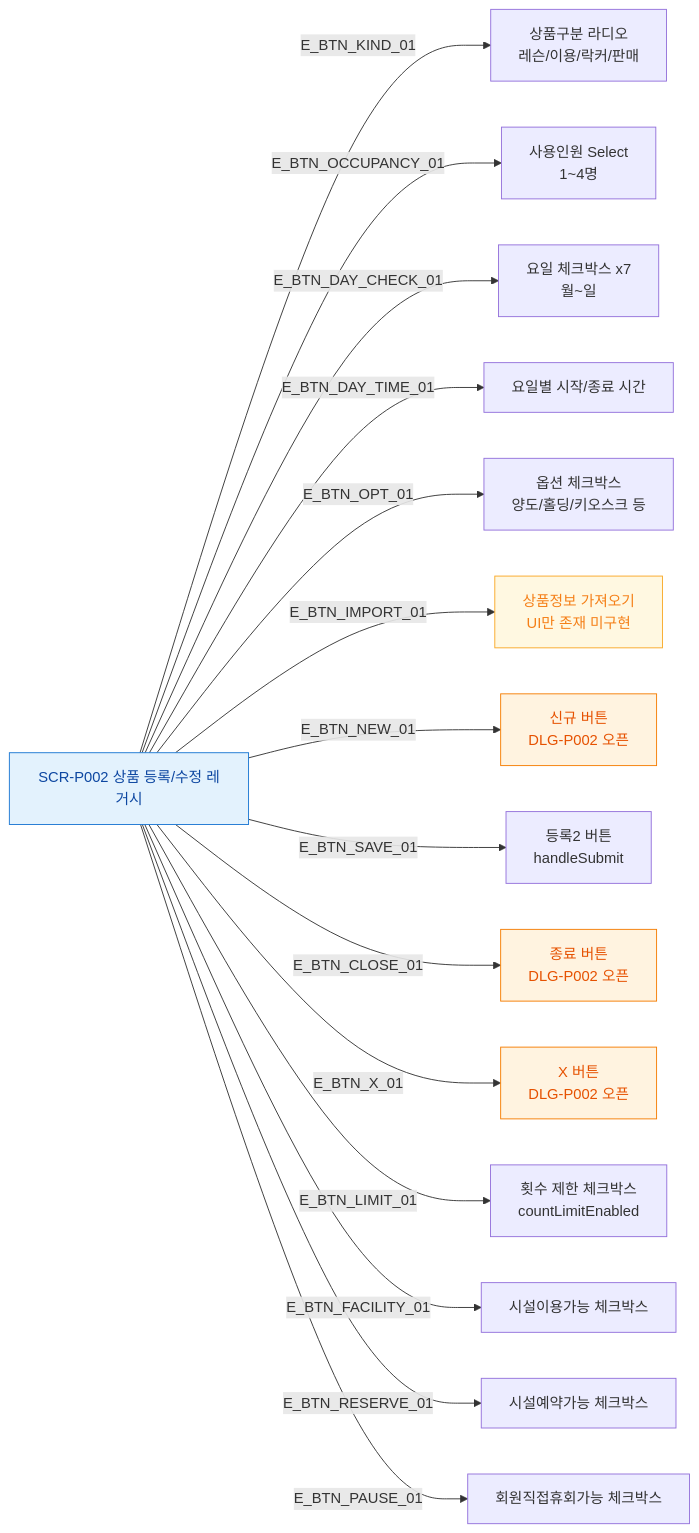
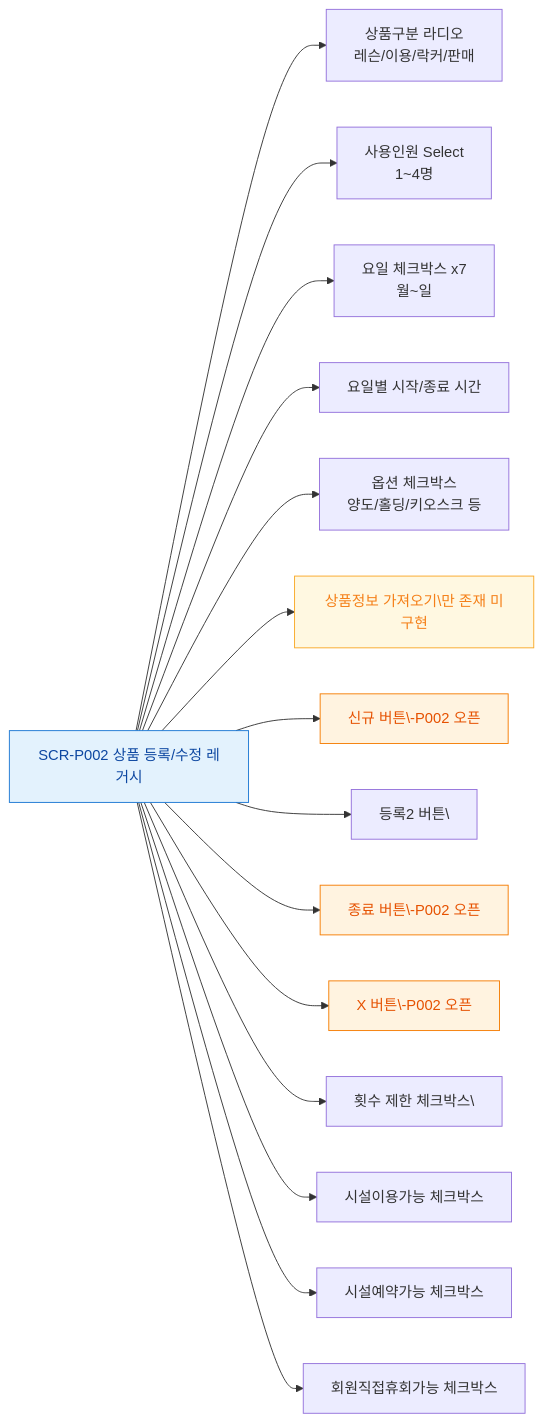
One commit to dev-spogym/admin-pando changed the diagram in docs/다이어그램/D05_상품관리/SCR-P002_상품등록수정_레거시/F3_버튼액션.md. Above: the diagram before and after it, drawn with Mermaid. The commit also changed other lines of this file and 1660 other files, not shown here.

First line of the commit message:
다이어그램: 기획자/클라이언트 납품본으로 정리

````diff
--- a/docs/다이어그램/D05_상품관리/SCR-P002_상품등록수정_레거시/F3_버튼액션.md
+++ b/docs/다이어그램/D05_상품관리/SCR-P002_상품등록수정_레거시/F3_버튼액션.md
@@ -16,26 +14,26 @@
 ```mermaid
 flowchart LR
     SCR_P002[SCR-P002 상품 등록/수정 레거시]
 
-    SCR_P002 -->|E_BTN_KIND_01| KIND_RADIO[상품구분 라디오\n레슨/이용/락커/판매]
-    SCR_P002 -->|E_BTN_OCCUPANCY_01| OCC_SELECT[사용인원 Select\n1~4명]
-    SCR_P002 -->|E_BTN_DAY_CHECK_01| DAY_CHECK[요일 체크박스 x7\n월~일]
-    SCR_P002 -->|E_BTN_DAY_TIME_01| DAY_TIME[요일별 시작/종료 시간]
-    SCR_P002 -->|E_BTN_OPT_01| OPT_CHECK[옵션 체크박스\n양도/홀딩/키오스크 등]
-    SCR_P002 -->|E_BTN_IMPORT_01| BTN_IMPORT[상품정보 가져오기\nUI만 존재 미구현]
-    SCR_P002 -->|E_BTN_NEW_01| BTN_NEW[신규 버튼\nDLG-P002 오픈]
-    SCR_P002 -->|E_BTN_SAVE_01| BTN_SAVE[등록2 버튼\nhandleSubmit]
-    SCR_P002 -->|E_BTN_CLOSE_01| BTN_CLOSE[종료 버튼\nDLG-P002 오픈]
-    SCR_P002 -->|E_BTN_X_01| BTN_X[X 버튼\nDLG-P002 오픈]
-    SCR_P002 -->|E_BTN_LIMIT_01| LIMIT_CHECK[횟수 제한 체크박스\ncountLimitEnabled]
-    SCR_P002 -->|E_BTN_FACILITY_01| FAC_CHECK[시설이용가능 체크박스]
-    SCR_P002 -->|E_BTN_RESERVE_01| RES_CHECK[시설예약가능 체크박스]
-    SCR_P002 -->|E_BTN_PAUSE_01| PAUSE_CHECK[회원직접휴회가능 체크박스]
+    SCR_P002 --> KIND_RADIO[상품구분 라디오\n레슨/이용/락커/판매]
+    SCR_P002 --> OCC_SELECT[사용인원 Select\n1~4명]
+    SCR_P002 --> DAY_CHECK[요일 체크박스 x7\n월~일]
+    SCR_P002 --> DAY_TIME[요일별 시작/종료 시간]
+    SCR_P002 --> OPT_CHECK[옵션 체크박스\n양도/홀딩/키오스크 등]
+    SCR_P002 --> BTN_IMPORT[상품정보 가져오기\만 존재 미구현]
+    SCR_P002 --> BTN_NEW[신규 버튼\-P002 오픈]
+    SCR_P002 --> BTN_SAVE[등록2 버튼\]
+    SCR_P002 --> BTN_CLOSE[종료 버튼\-P002 오픈]
+    SCR_P002 --> BTN_X[X 버튼\-P002 오픈]
+    SCR_P002 --> LIMIT_CHECK[횟수 제한 체크박스\]
+    SCR_P002 --> FAC_CHECK[시설이용가능 체크박스]
+    SCR_P002 --> RES_CHECK[시설예약가능 체크박스]
+    SCR_P002 --> PAUSE_CHECK[회원직접휴회가능 체크박스]
 
     classDef screen fill:#E3F2FD,stroke:#1976D2,color:#0D47A1
     classDef modal fill:#FFF3E0,stroke:#F57C00,color:#E65100
     classDef warning fill:#FFF8E1,stroke:#F9A825,color:#F57F17
     class SCR_P002 screen
     class BTN_NEW,BTN_CLOSE,BTN_X modal
     class BTN_IMPORT warning
 ```
````
